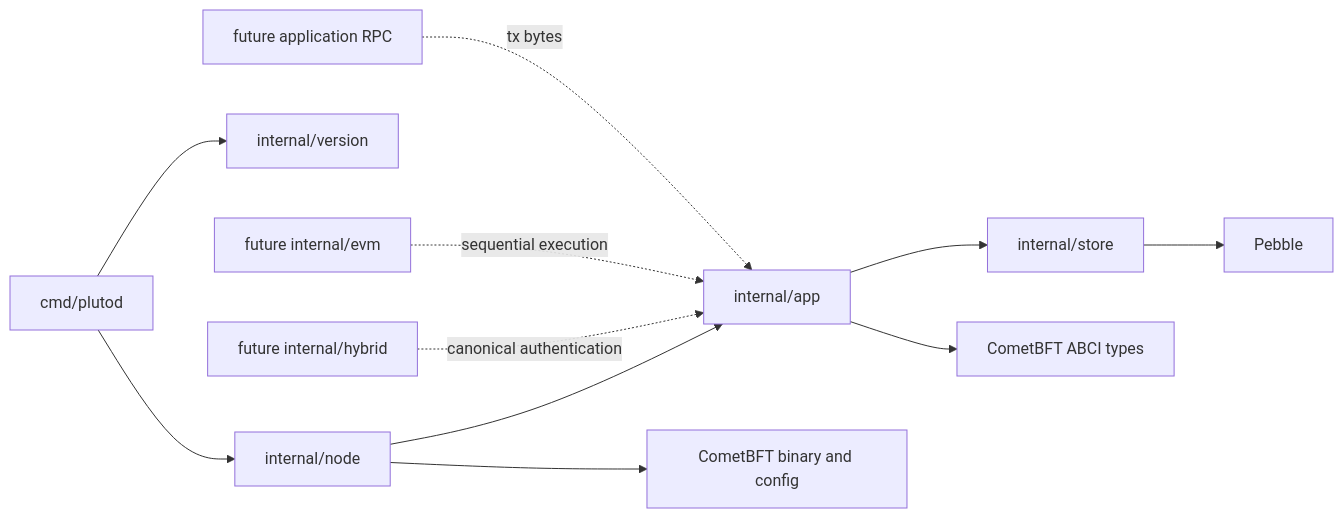
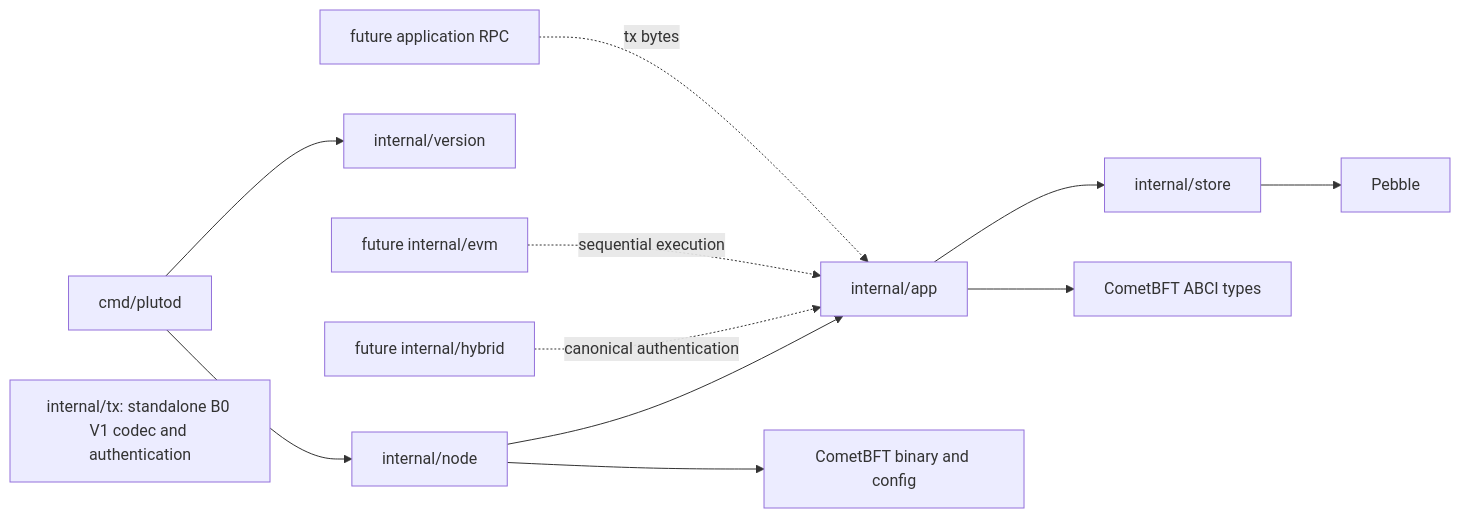
Before and after one commit to the-phong/DoS-in-Blockchain-PQC: the third of 6 diagrams in research/ARCHITECTURE.md, drawn with Mermaid. The commit also changed other lines of this file and 20 other files, not shown here.

````diff
--- a/research/ARCHITECTURE.md
+++ b/research/ARCHITECTURE.md
@@ -106,13 +108,14 @@
 ```mermaid
 flowchart LR
   CLI[cmd/plutod] --> Node[internal/node]
   Node --> App[internal/app]
   Node --> Comet[CometBFT binary and config]
   App --> Store[internal/store]
   App --> Types[CometBFT ABCI types]
   Store --> Pebble[Pebble]
+  Library[internal/tx: standalone B0 V1 codec and authentication]
   CLI --> Version[internal/version]
   Hybrid[future internal/hybrid] -. canonical authentication .-> App
   EVM[future internal/evm] -. sequential execution .-> App
   RPC[future application RPC] -. tx bytes .-> App
 ```
````
